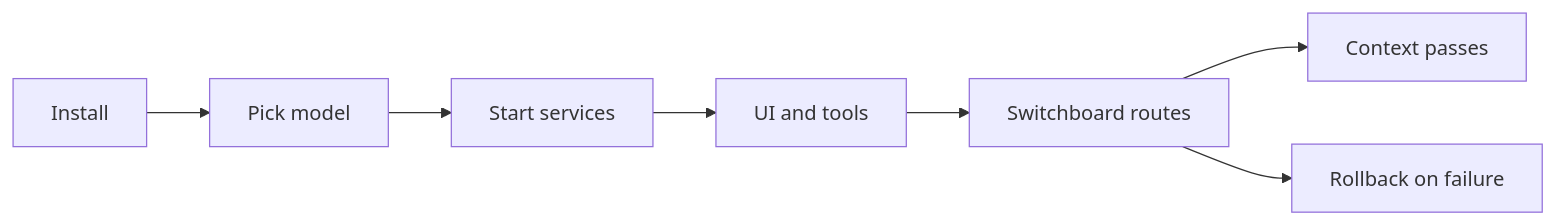
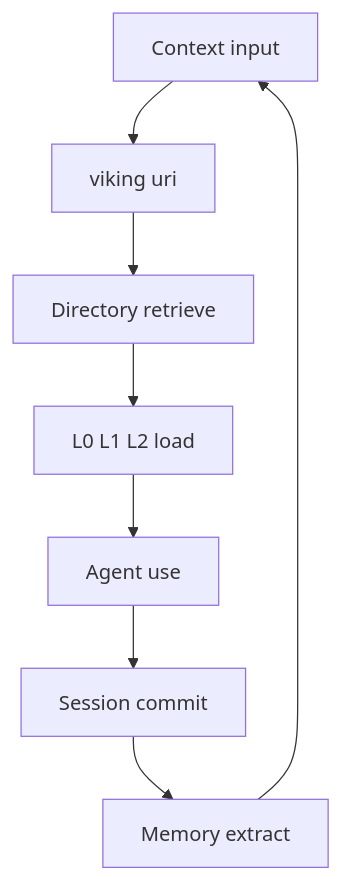
Before and after one commit to Solvement/jarvis-digest: the tenth of 18 diagrams in digests/2026-09-02.md, drawn with Mermaid. The commit also changed other lines of this file and 4 other files, not shown here.

````diff
--- a/digests/2026-09-02.md
+++ b/digests/2026-09-02.md
@@ -282,9 +283,10 @@
 ```mermaid
-graph LR
-A[Install] --> B[Pick model]
-B --> C[Start services]
-C --> D[UI and tools]
-D --> E[Switchboard routes]
-E --> F[Context passes]
-E --> G[Rollback on failure]
+graph TD
+A[Context input] --> B[viking uri]
+B --> C[Directory retrieve]
+C --> D[L0 L1 L2 load]
+D --> E[Agent use]
+E --> F[Session commit]
+F --> G[Memory extract]
+G --> A
 ```
````
